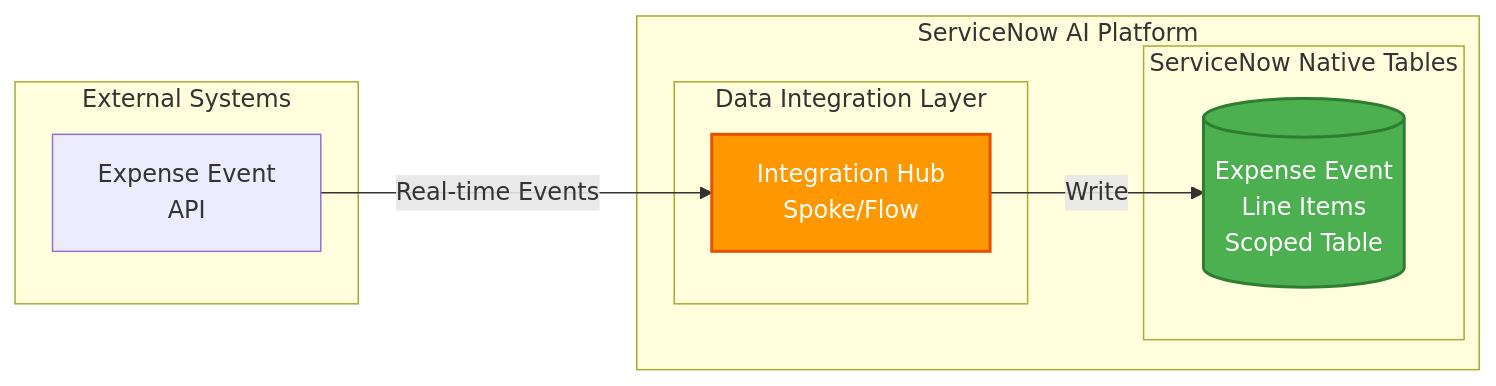
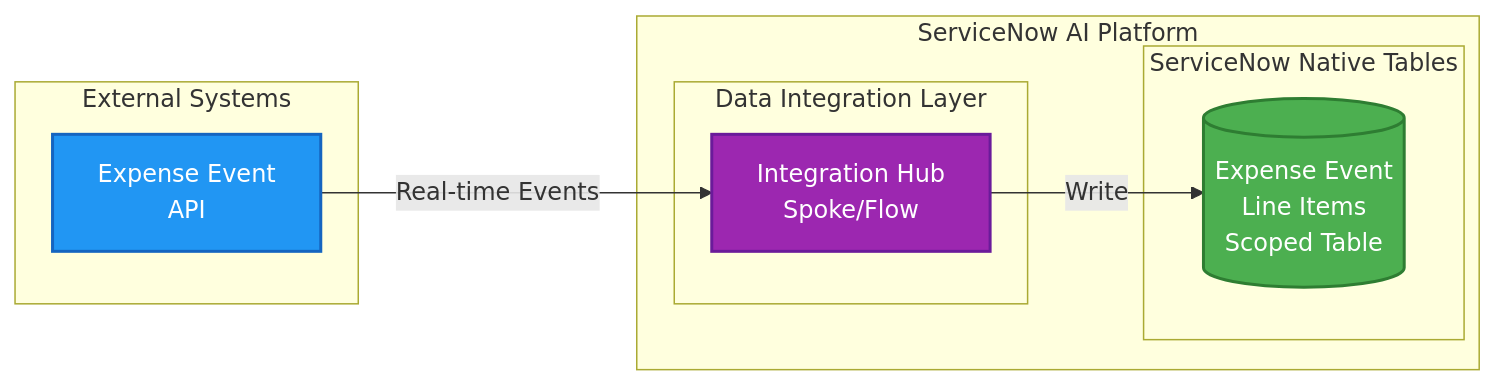
Before and after one commit to leojacinto/WorkflowDataFabric-TypeA: the diagram in main-exercises/lab-exercise-fundamentals.md, drawn with Mermaid. The commit also changed 6 other files, not shown here.

Commit message:
Consistent color scheme across all mermaid diagrams: nowassist (amber), platform (green), wdf (purple), external (blue), user (light blue)

````diff
--- a/main-exercises/lab-exercise-fundamentals.md
+++ b/main-exercises/lab-exercise-fundamentals.md
@@ -15,29 +15,29 @@
 ```mermaid
 graph LR
     subgraph "ServiceNow AI Platform"
         subgraph "Data Integration Layer"
             IntHub[Integration Hub<br/>Spoke/Flow]
         end
 
         subgraph "ServiceNow Native Tables"
             ExpenseTable[(Expense Event<br/>Line Items<br/>Scoped Table)]
         end
     end
 
     subgraph "External Systems"
         ExpenseAPI[Expense Event<br/>API]
     end
 
     %% Data Flow Connections
     ExpenseAPI -->|Real-time Events| IntHub
     IntHub -->|Write| ExpenseTable
 
     %% Styling
     classDef external fill:#2196F3,stroke:#1565C0,stroke-width:2px,color:#fff
-    classDef integration fill:#FF9800,stroke:#E65100,stroke-width:2px,color:#fff
-    classDef native fill:#4CAF50,stroke:#2E7D32,stroke-width:2px,color:#fff
+    classDef platform fill:#4CAF50,stroke:#2E7D32,stroke-width:2px,color:#fff
+    classDef wdf fill:#9C27B0,stroke:#6A1B9A,stroke-width:2px,color:#fff
 
-    class IntHub integration
-    class ExpenseTable native
-    class MockExpense external
+    class IntHub wdf
+    class ExpenseTable platform
+    class ExpenseAPI external
 ```
````
